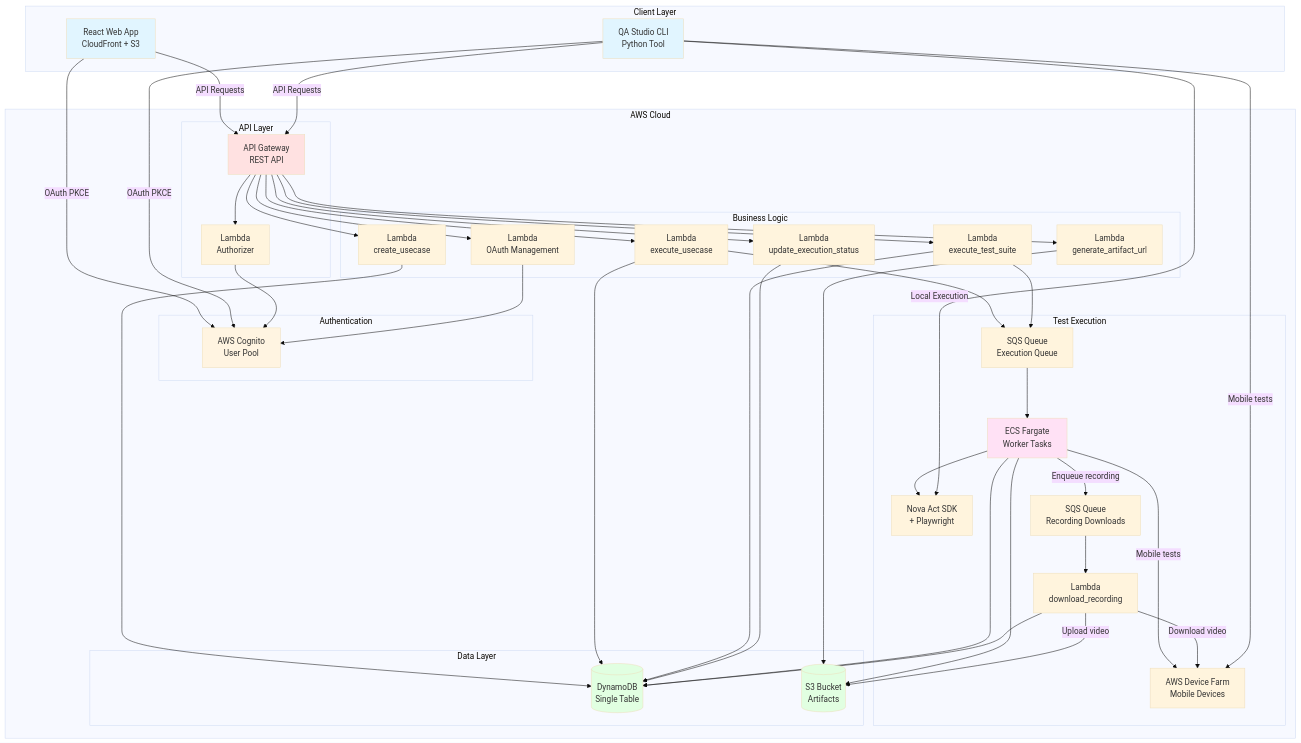
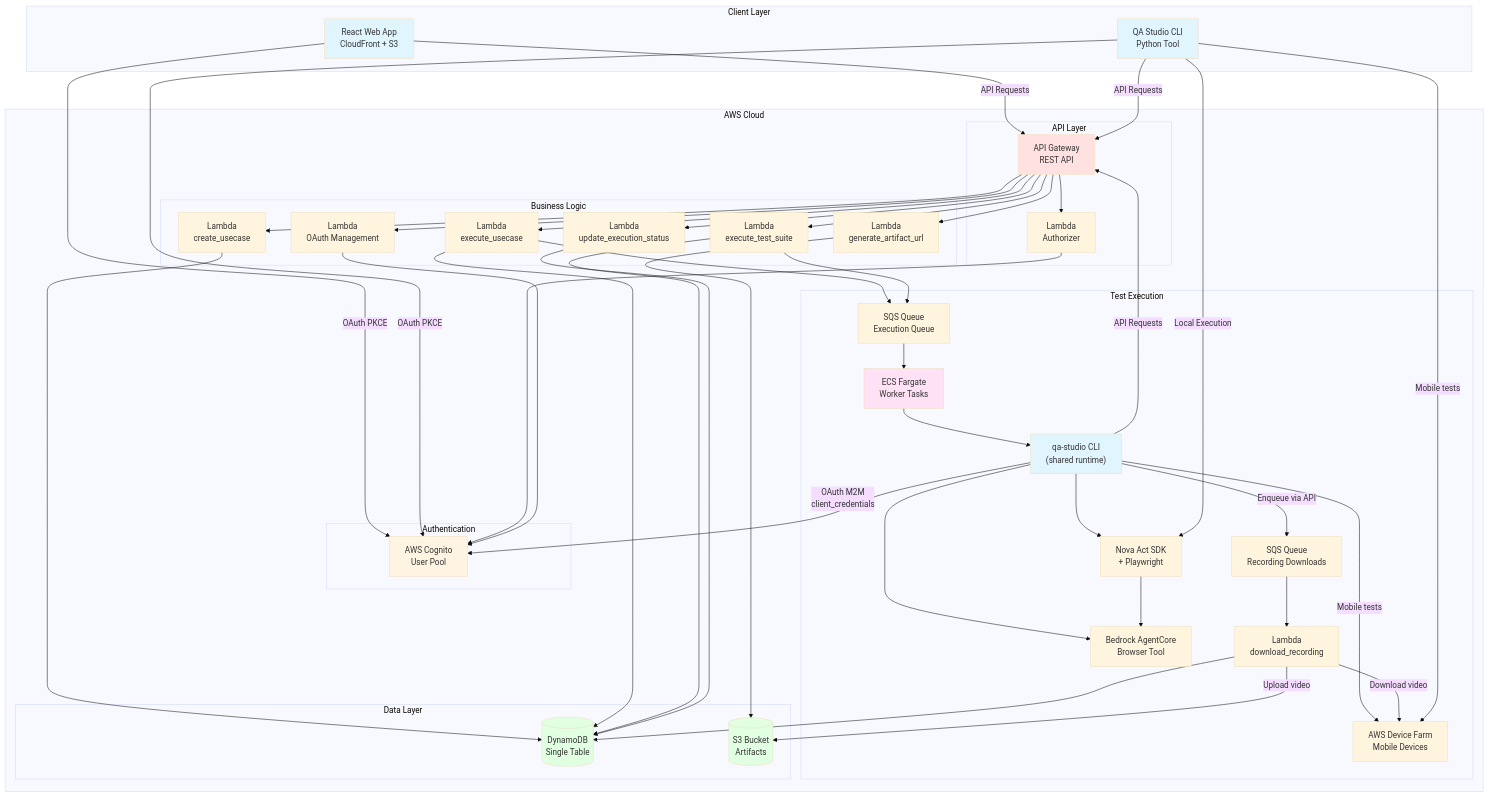
One commit to aws-samples/sample-qa-studio changed the first of 5 diagrams in docs/architecture.md. Above: the diagram before and after it, drawn with Mermaid (base theme). The commit also changed other lines of this file and 80 other files, not shown here.

```diff
--- a/docs/architecture.md
+++ b/docs/architecture.md
@@ -47,7 +47,9 @@
         subgraph "Test Execution"
             SQS[SQS Queue<br/>Execution Queue]
             ECS[ECS Fargate<br/>Worker Tasks]
+            CLIRuntime["qa-studio CLI<br/>(shared runtime)"]
             NovaAct[Nova Act SDK<br/>+ Playwright]
+            AgentCore[Bedrock AgentCore<br/>Browser Tool]
             DeviceFarm[AWS Device Farm<br/>Mobile Devices]
             RecordingQueue[SQS Queue<br/>Recording Downloads]
             RecordingLambda[Lambda<br/>download_recording]
@@ -61,9 +63,11 @@
     
     WebUI -->|OAuth PKCE| Cognito
     CLI -->|OAuth PKCE| Cognito
+    CLIRuntime -->|OAuth M2M<br/>client_credentials| Cognito
     
     WebUI -->|API Requests| APIGW
     CLI -->|API Requests| APIGW
+    CLIRuntime -->|API Requests| APIGW
     
     APIGW --> Authorizer
     Authorizer --> Cognito
@@ -85,11 +89,12 @@
     OAuthMgmt --> Cognito
     
     SQS --> ECS
-    ECS --> NovaAct
-    ECS --> DynamoDB
-    ECS --> S3
-    ECS -->|Mobile tests| DeviceFarm
-    ECS -->|Enqueue recording| RecordingQueue
+    ECS --> CLIRuntime
+    CLIRuntime --> NovaAct
+    CLIRuntime --> AgentCore
+    NovaAct --> AgentCore
+    CLIRuntime -->|Mobile tests| DeviceFarm
+    CLIRuntime -->|Enqueue via API| RecordingQueue
     RecordingQueue --> RecordingLambda
     RecordingLambda -->|Download video| DeviceFarm
     RecordingLambda -->|Upload video| S3
@@ -100,6 +105,7 @@
     
     style WebUI fill:#e1f5ff
     style CLI fill:#e1f5ff
+    style CLIRuntime fill:#e1f5ff
     style Cognito fill:#fff4e1
     style APIGW fill:#ffe1e1
     style ECS fill:#ffe1f5
```
